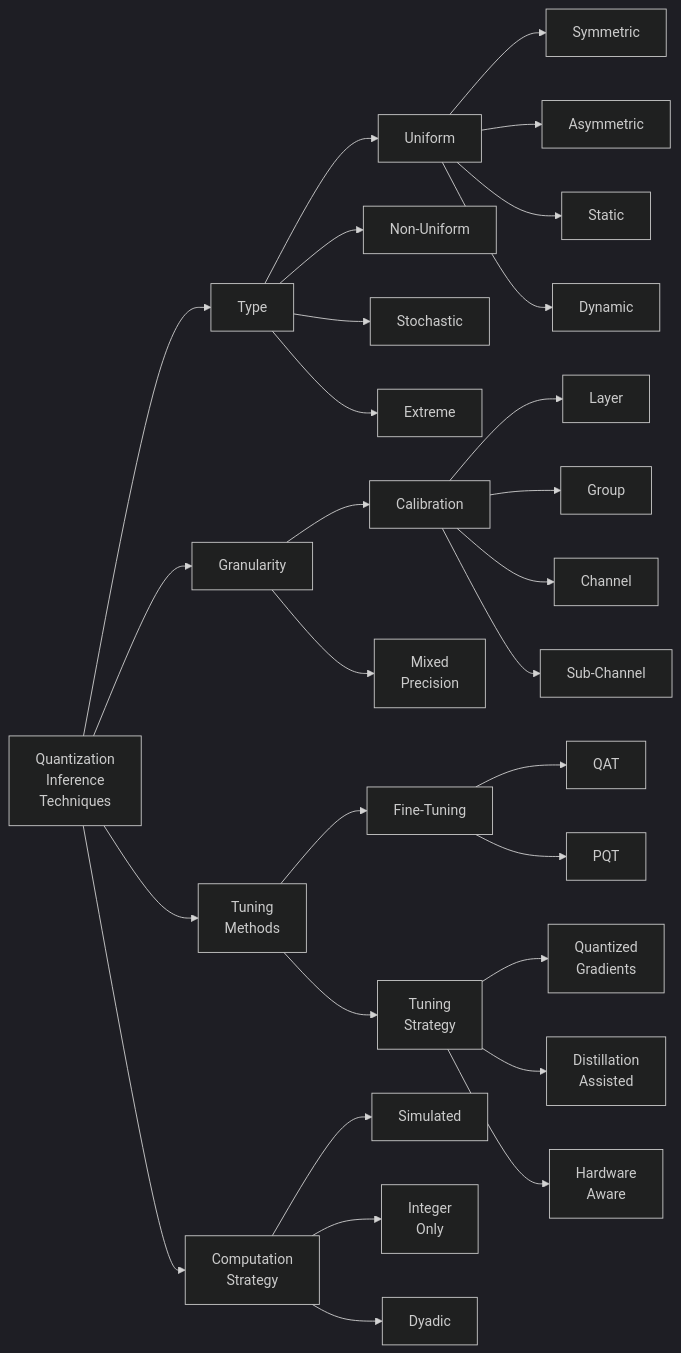
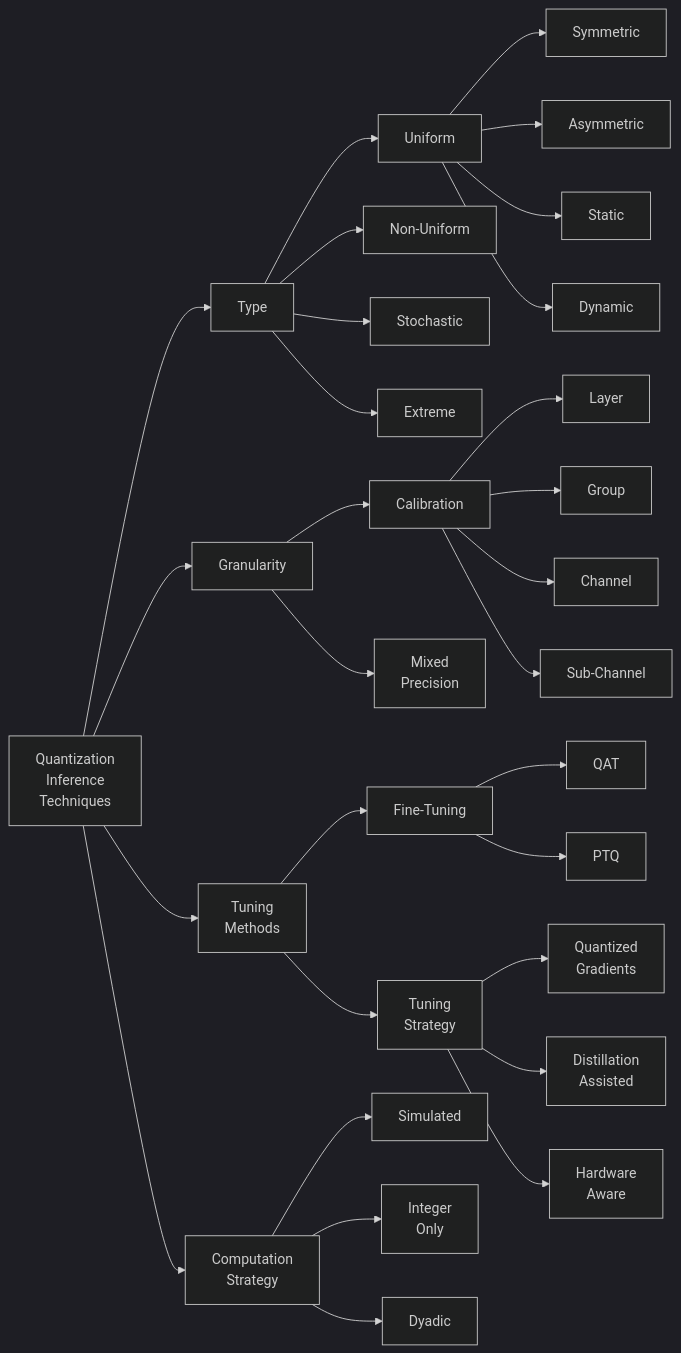
The diagram in README.md (nebuly-ai/exploring-AI-optimization), drawn with Mermaid (dark theme) before and after one commit.

Commit message:
Typo PQT -> PTQ in mermaid diagram

````diff
--- a/README.md
+++ b/README.md
@@ -66,31 +66,31 @@
 ```mermaid
 flowchart LR
 A[Quantization \n Inference \n Techniques] --> B[Type]
 B --> BA[Uniform]
 B --> BB[Non-Uniform]
 BA --> BAA[Symmetric]
 BA --> BAB[Asymmetric]
 BA --> BAC[Static]
 BA --> BAD[Dynamic]
 B --> BD[Stochastic]
 B --> BE[Extreme]
 A --> C[Granularity]
 C --> CA[Calibration]
 CA --> CAA[Layer]
 CA --> CAB[Group]
 CA --> CAC[Channel]
 CA --> CAD[Sub-Channel]
 C --> CB[Mixed \n Precision]
 A --> D[Tuning \n Methods]
 D --> DA[Fine-Tuning]
 DA --> DAA[QAT]
-DA --> DAB[PQT]
+DA --> DAB[PTQ]
 D --> DB[Tuning \n Strategy]
 DB --> DC[Quantized \n Gradients]
 DB --> DD[Distillation \n Assisted]
 DB --> DE[Hardware \n Aware]
 A --> E[Computation \n Strategy]
 E --> EA[Simulated]
 E --> EB[Integer \n Only]
 E --> EC[Dyadic]
 ```
````
